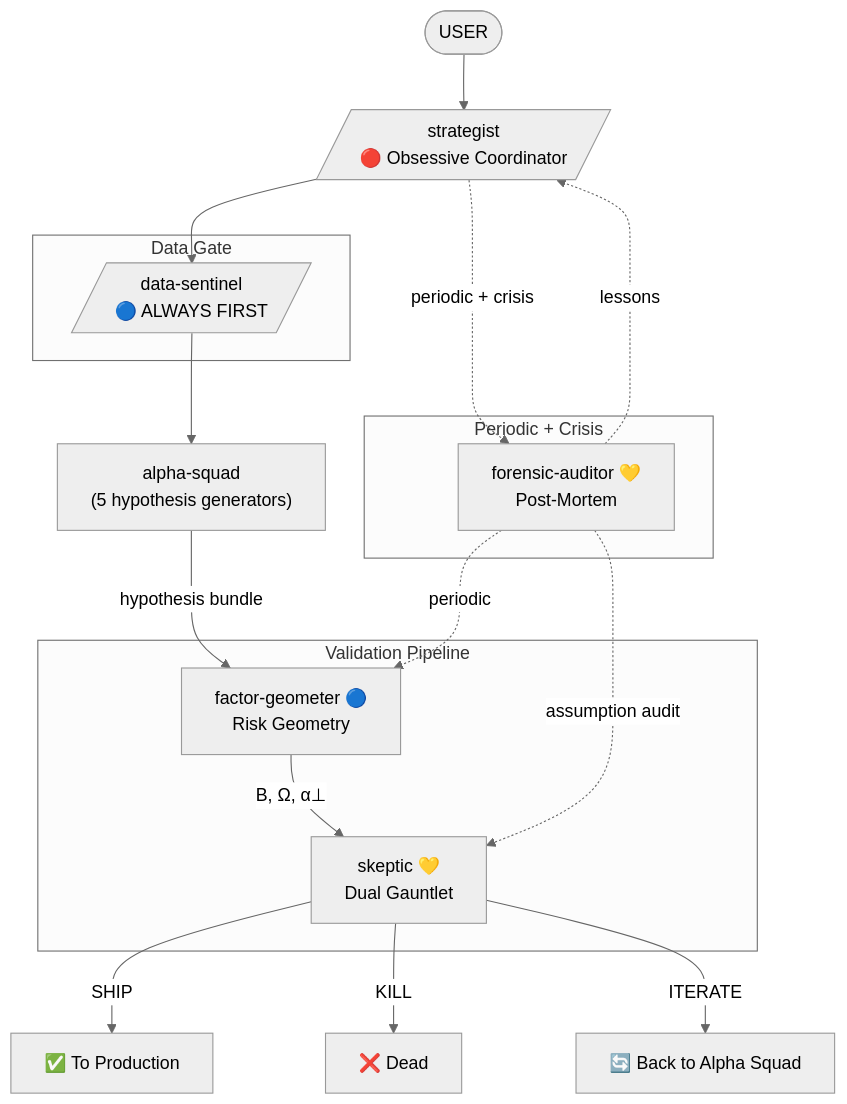
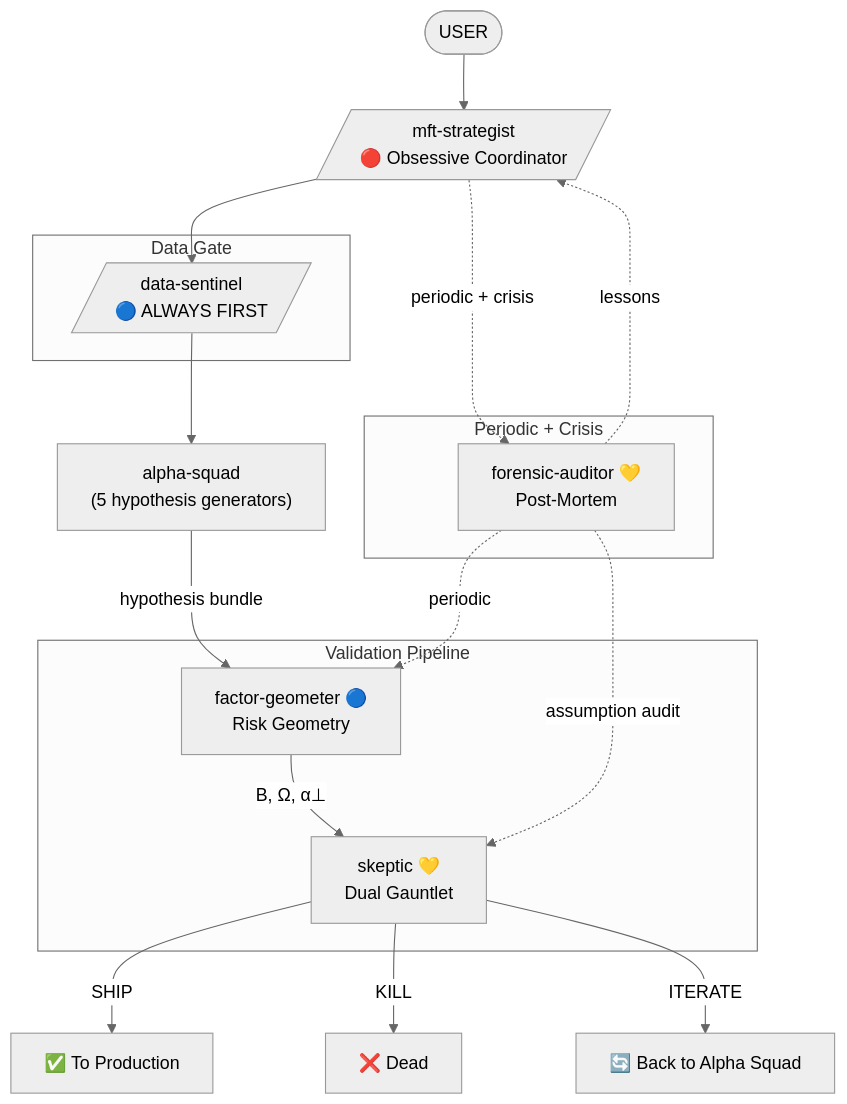
Before and after one commit to DeevsDeevs/agent-system: the diagram in mft-research-experts/README.md, drawn with Mermaid (neutral theme). The commit also changed other lines of this file and 14 other files, not shown here.

First line of the commit message:
refactor: rename strategist → mft-strategist, add mermaid diagrams and challenger relationships to all agents

````diff
--- a/mft-research-experts/README.md
+++ b/mft-research-experts/README.md
@@ -58,32 +58,32 @@
 ```mermaid
 flowchart TD
-    USER([USER]) --> strat[/"strategist<br/>🔴 Obsessive Coordinator"/]
+    USER([USER]) --> strat[/"mft-strategist<br/>🔴 Obsessive Coordinator"/]
 
     subgraph datagate [Data Gate]
         sentinel[/"data-sentinel<br/>🔵 ALWAYS FIRST"/]
     end
 
     strat --> sentinel
     sentinel --> squad["alpha-squad<br/>(5 hypothesis generators)"]
 
     squad -->|"hypothesis bundle"| fgeom
 
     subgraph validation [Validation Pipeline]
         fgeom["factor-geometer 🔵<br/>Risk Geometry"]
         skep["skeptic 💛<br/>Dual Gauntlet"]
         fgeom -->|"B, Ω, α⊥"| skep
     end
 
     subgraph audit [Periodic + Crisis]
         auditor["forensic-auditor 💛<br/>Post-Mortem"]
     end
 
     skep -->|"SHIP"| ship["✅ To Production"]
     skep -->|"KILL"| kill["❌ Dead"]
     skep -->|"ITERATE"| iterate["🔄 Back to Alpha Squad"]
 
     auditor -.->|"periodic"| fgeom
     auditor -.->|"assumption audit"| skep
     auditor -.->|"lessons"| strat
     strat -.->|"periodic + crisis"| auditor
 ```
````
